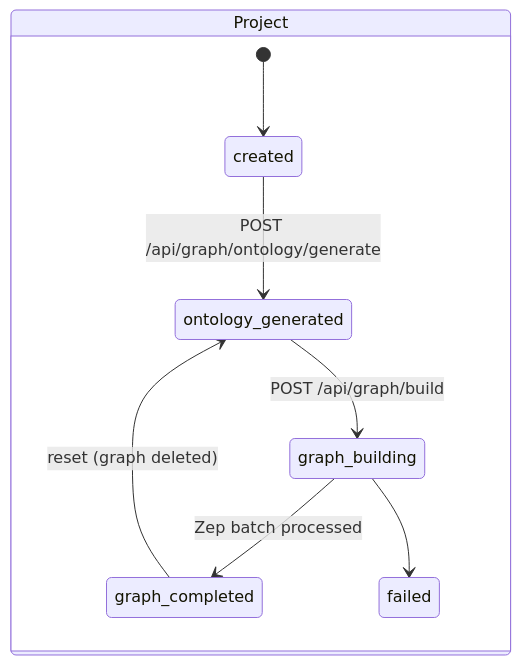
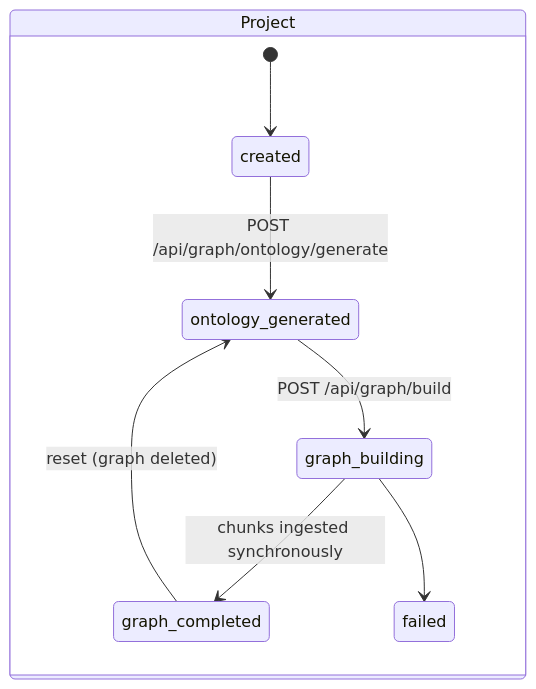
The second of 7 diagrams in docs/DESIGN.md (Ghostfusion/MiroFish), drawn with Mermaid before and after one commit. The commit also changed other lines of this file and 48 other files, not shown here.

````diff
--- a/docs/DESIGN.md
+++ b/docs/DESIGN.md
@@ -163,12 +165,12 @@
 ```mermaid
 stateDiagram-v2
   direction LR
   state Project {
     [*] --> created
     created --> ontology_generated: POST /api/graph/ontology/generate
     ontology_generated --> graph_building: POST /api/graph/build
-    graph_building --> graph_completed: Zep batch processed
+    graph_building --> graph_completed: chunks ingested synchronously
     graph_building --> failed
     graph_completed --> ontology_generated: reset (graph deleted)
   }
 ```
````
